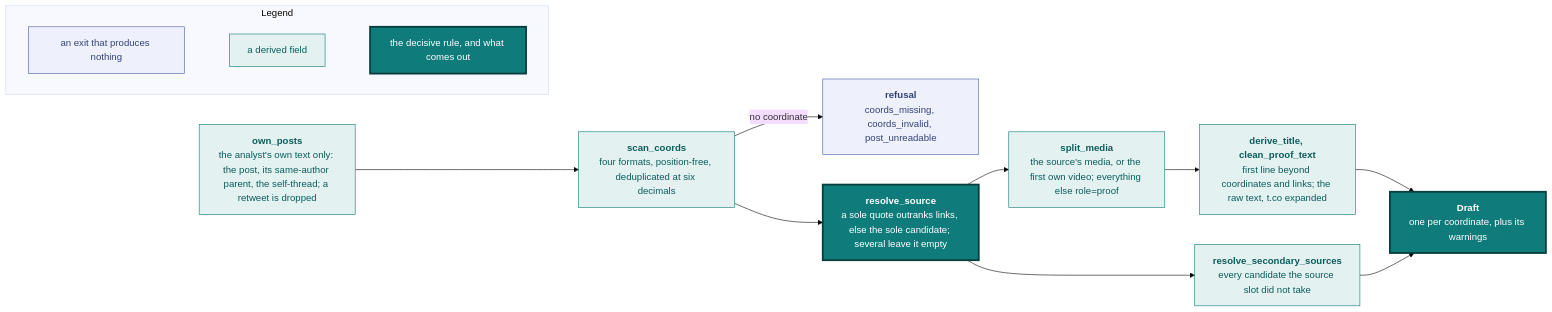
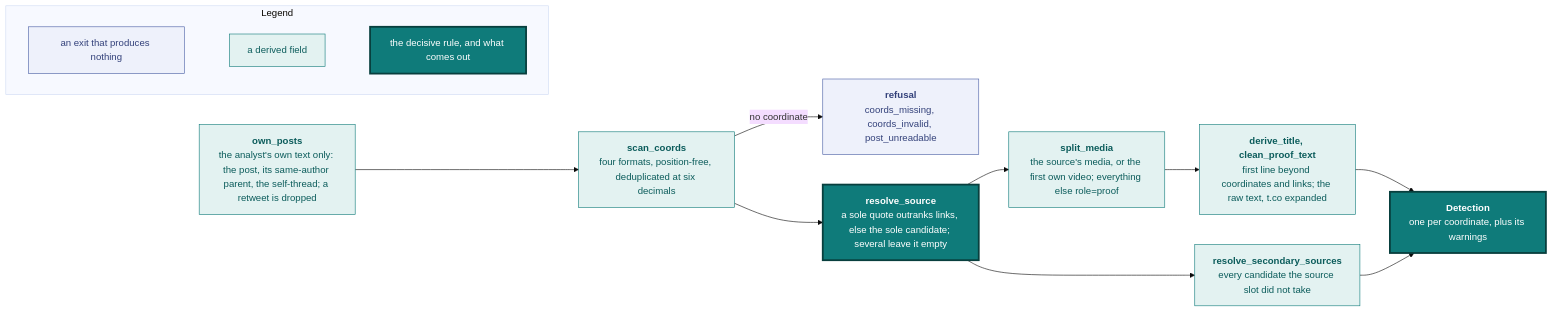
The second of 5 diagrams in docs/ingestion.md (vidithq/vidit), drawn with Mermaid (base theme) before and after one commit. The commit also changed other lines of this file and 9 other files, not shown here.

````diff
--- a/docs/ingestion.md
+++ b/docs/ingestion.md
@@ -77,36 +77,36 @@
 ```mermaid
 flowchart LR
   classDef spec fill:#eef1fb,stroke:#4a5fa5,color:#33417a
   classDef shared fill:#e3f2f1,stroke:#0f7b7a,color:#0b5c5b
   classDef core fill:#0f7b7a,stroke:#083f3e,stroke-width:3px,color:#ffffff
 
   subgraph legend [Legend]
     direction LR
     l1["`an exit that produces nothing`"]:::spec
     l2["`a derived field`"]:::shared
     l3["`the decisive rule, and what comes out`"]:::core
     l1 ~~~ l2 ~~~ l3
   end
 
   text["`**own_posts**
   the analyst's own text only: the post, its same-author parent, the self-thread; a retweet is dropped`"]:::shared
   coords["`**scan_coords**
   four formats, position-free, deduplicated at six decimals`"]:::shared
   refuse["`**refusal**
   coords_missing, coords_invalid, post_unreadable`"]:::spec
   src["`**resolve_source**
   a sole quote outranks links, else the sole candidate; several leave it empty`"]:::core
   sec["`**resolve_secondary_sources**
   every candidate the source slot did not take`"]:::shared
   media["`**split_media**
   the source's media, or the first own video; everything else role=proof`"]:::shared
   title["`**derive_title, clean_proof_text**
   first line beyond coordinates and links; the raw text, t.co expanded`"]:::shared
-  draft["`**Draft**
+  detection["`**Detection**
   one per coordinate, plus its warnings`"]:::core
 
   text --> coords
   coords -- "no coordinate" --> refuse
-  coords --> src --> media --> title --> draft
-  src --> sec --> draft
+  coords --> src --> media --> title --> detection
+  src --> sec --> detection
 ```
````
